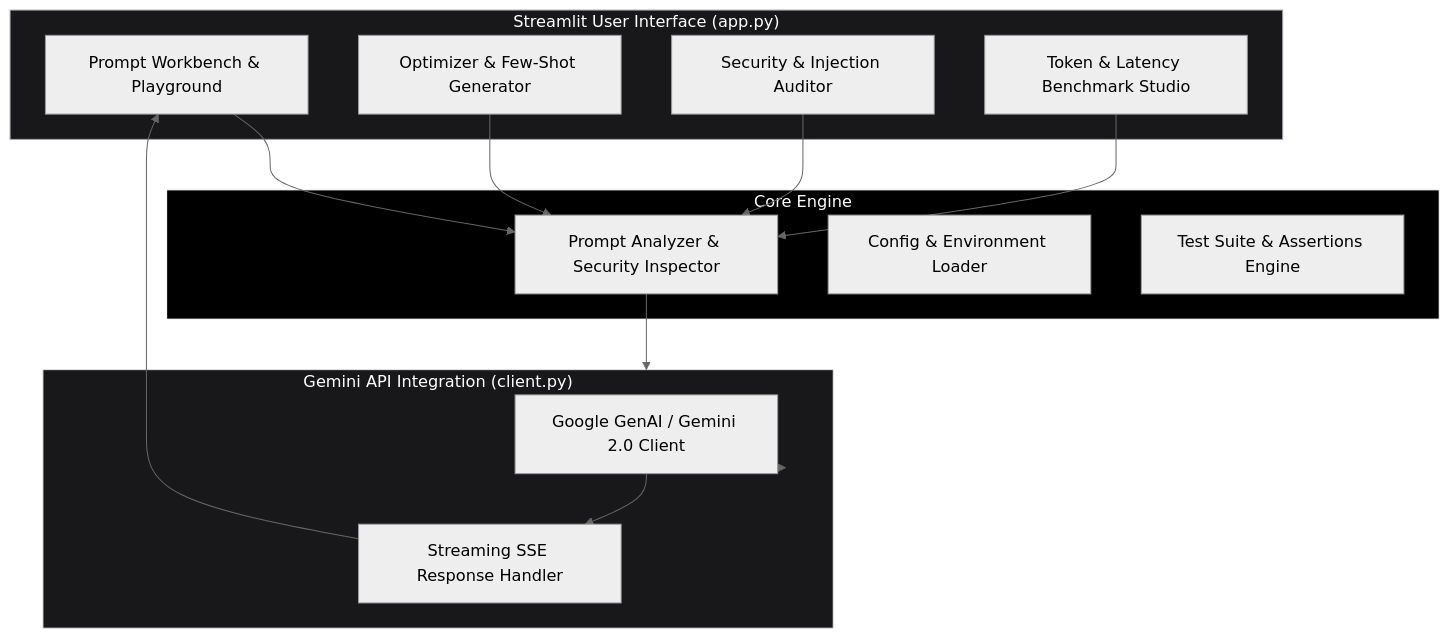
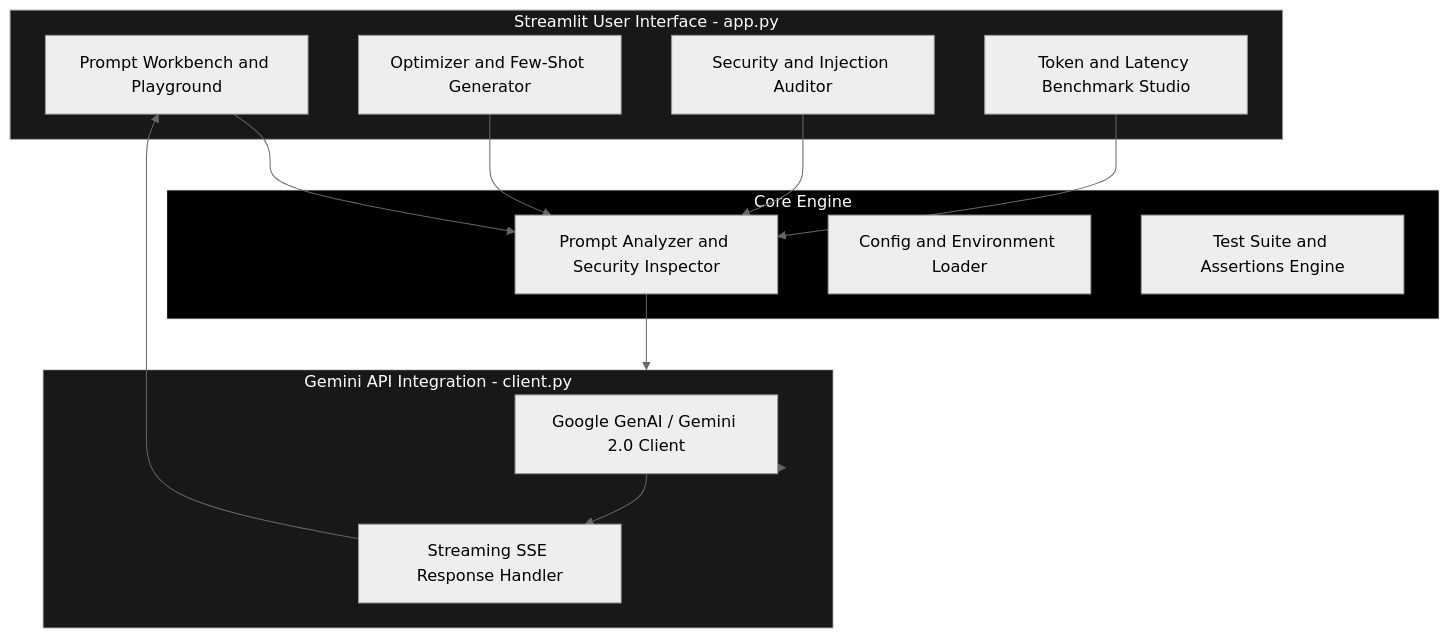
One commit to siddarth1872004/prompt-craft changed the first of 2 diagrams in README.md. Above: the diagram before and after it, drawn with Mermaid (neutral theme). The commit also changed other lines of this file, not shown here.

Commit message:
fix: quote Mermaid node labels to fix GitHub diagram rendering

````diff
--- a/README.md
+++ b/README.md
@@ -9,29 +9,34 @@
 ```mermaid
 graph TB
-    subgraph UI_LAYER["Streamlit User Interface (app.py)"]
-        STUDIO[Prompt Workbench & Playground]
-        OPT_VIEW[Optimizer & Few-Shot Generator]
-        AUDIT_VIEW[Security & Injection Auditor]
-        BENCH_VIEW[Token & Latency Benchmark Studio]
+    subgraph UI_LAYER["Streamlit User Interface - app.py"]
+        STUDIO["Prompt Workbench and Playground"]
+        OPT_VIEW["Optimizer and Few-Shot Generator"]
+        AUDIT_VIEW["Security and Injection Auditor"]
+        BENCH_VIEW["Token and Latency Benchmark Studio"]
     end
 
     subgraph CORE_MODULES["Core Engine"]
-        ANALYZER[Prompt Analyzer & Security Inspector]
-        CFG[Config & Environment Loader]
-        TEST_UTIL[Test Suite & Assertions Engine]
+        ANALYZER["Prompt Analyzer and Security Inspector"]
+        CFG["Config and Environment Loader"]
+        TEST_UTIL["Test Suite and Assertions Engine"]
     end
 
-    subgraph GEMINI_CLIENT["Gemini API Integration (client.py)"]
-        GEMINI_NATIVE[Google GenAI / Gemini 2.0 Client]
-        STREAM[Streaming SSE Response Handler]
+    subgraph GEMINI_CLIENT["Gemini API Integration - client.py"]
+        GEMINI_NATIVE["Google GenAI / Gemini 2.0 Client"]
+        STREAM["Streaming SSE Response Handler"]
     end
 
-    STUDIO & OPT_VIEW & AUDIT_VIEW & BENCH_VIEW --> ANALYZER
+    STUDIO --> ANALYZER
+    OPT_VIEW --> ANALYZER
+    AUDIT_VIEW --> ANALYZER
+    BENCH_VIEW --> ANALYZER
+
     ANALYZER --> GEMINI_CLIENT
-    GEMINI_CLIENT --> GEMINI_NATIVE --> STREAM
+    GEMINI_CLIENT --> GEMINI_NATIVE
+    GEMINI_NATIVE --> STREAM
     STREAM --> STUDIO
 
     style UI_LAYER fill:#18181b,stroke:#a1a1aa,color:#fff
     style CORE_MODULES fill:#000000,stroke:#ffffff,color:#fff
     style GEMINI_CLIENT fill:#18181b,stroke:#e4e4e7,color:#fff
 ```
````
